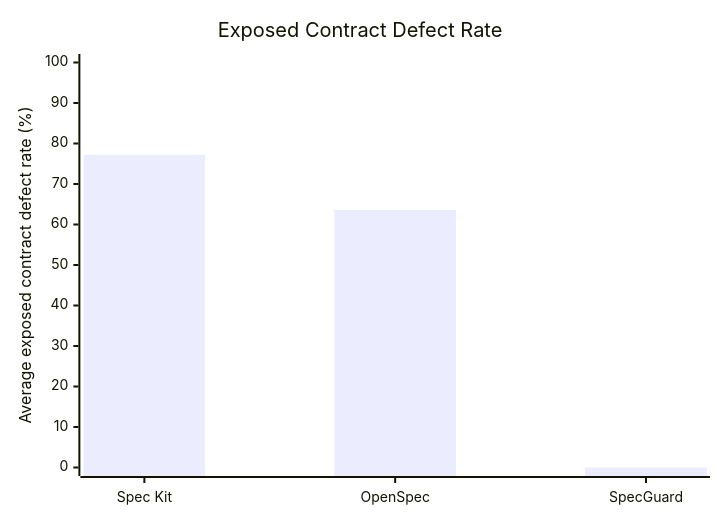
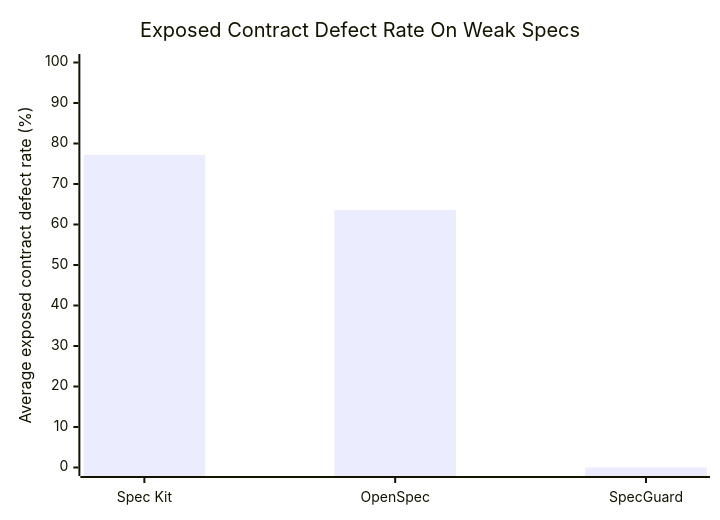
One commit to KoreaNirsa/spec-guard changed the second of 4 diagrams in docs/spec-driven-benchmark.md. Above: the diagram before and after it, drawn with Mermaid. The commit also changed other lines of this file, not shown here.

````diff
--- a/docs/spec-driven-benchmark.md
+++ b/docs/spec-driven-benchmark.md
@@ -43,7 +46,7 @@
 ```mermaid
 xychart-beta
-  title "Exposed Contract Defect Rate"
+  title "Exposed Contract Defect Rate On Weak Specs"
   x-axis ["Spec Kit", "OpenSpec", "SpecGuard"]
   y-axis "Average exposed contract defect rate (%)" 0 --> 100
   bar [77.2, 63.6, 0]
 ```
````
